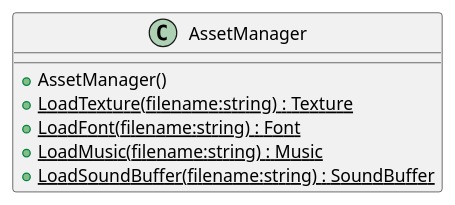
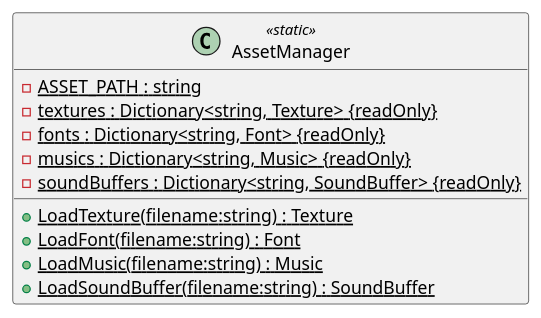
One commit to Ruby1405/PaceInvaders changed the diagram in plantuml/AssetManager.puml. Above: the diagram before and after it, drawn with PlantUML. The commit also changed 28 other files, not shown here.

Commit message:
mostly diagram progress

```diff
--- a/plantuml/AssetManager.puml
+++ b/plantuml/AssetManager.puml
@@ -1,9 +1,13 @@
 @startuml
-class AssetManager {
-    + AssetManager()
+class AssetManager <<static>> {
+    - {static} ASSET_PATH : string
+    - {static} textures : Dictionary<string, Texture> {readOnly}
+    - {static} fonts : Dictionary<string, Font> {readOnly}
+    - {static} musics : Dictionary<string, Music> {readOnly}
+    - {static} soundBuffers : Dictionary<string, SoundBuffer> {readOnly}
     + {static} LoadTexture(filename:string) : Texture
     + {static} LoadFont(filename:string) : Font
     + {static} LoadMusic(filename:string) : Music
     + {static} LoadSoundBuffer(filename:string) : SoundBuffer
 }
 @enduml
```
